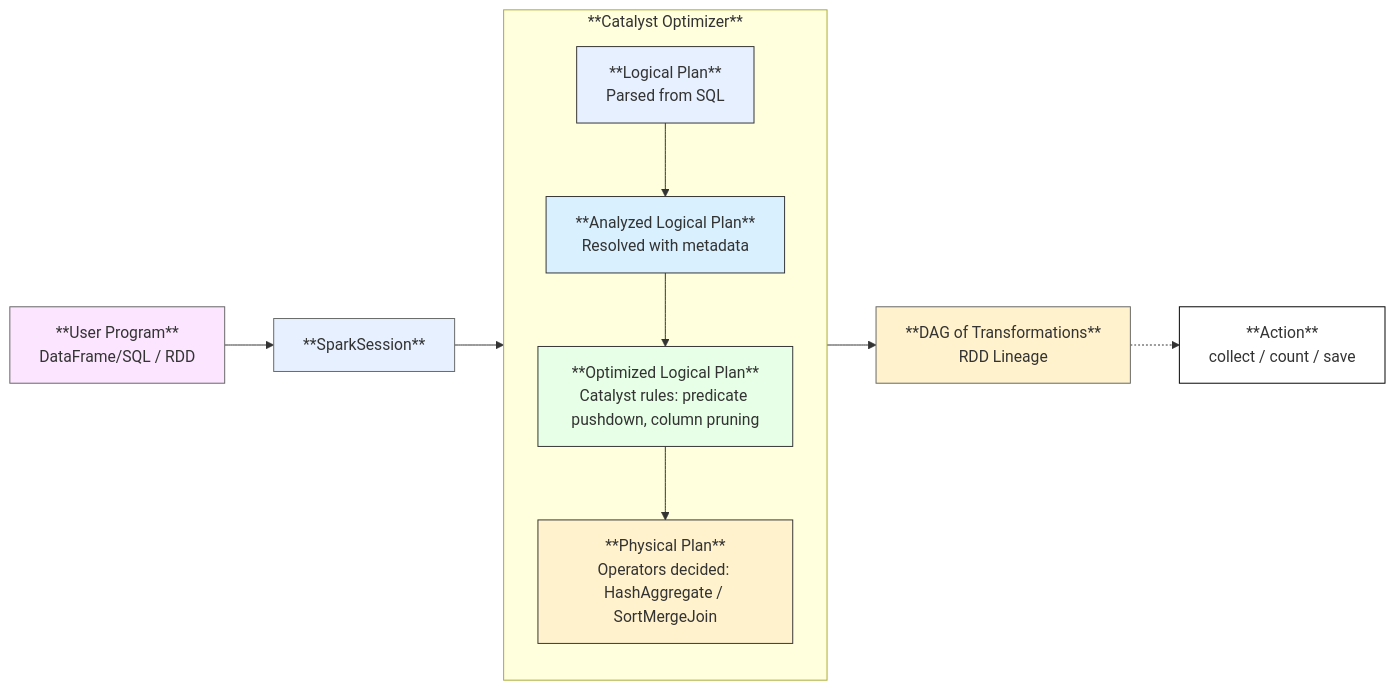
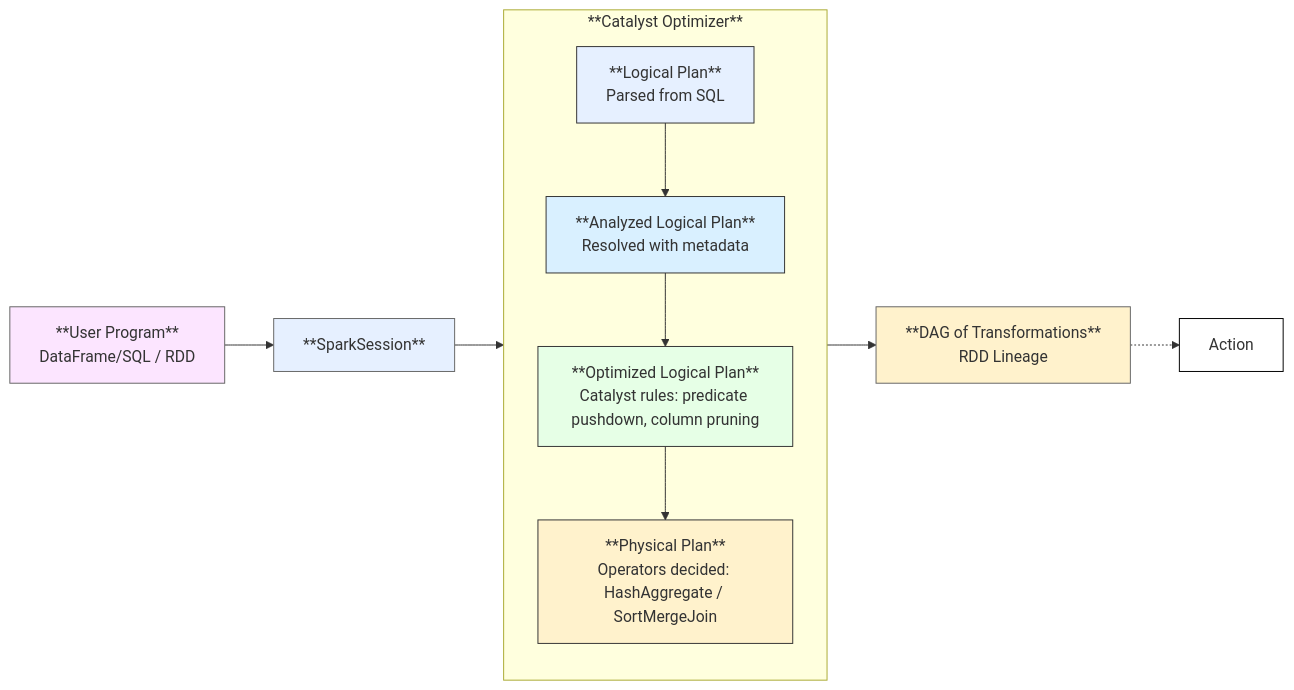
The first of 13 diagrams in README.md (blaire101/Spark-Journey-2025), drawn with Mermaid before and after one commit. The commit also changed other lines of this file, not shown here.

````diff
--- a/README.md
+++ b/README.md
@@ -35,41 +35,41 @@
 ```mermaid
 flowchart LR
     A[**User Program**<br/>DataFrame/SQL / RDD] --> B[**SparkSession**]
 
     %% Catalyst Optimizer subgraph
     subgraph C[**Catalyst Optimizer**]
         direction TB
         C1[**Logical Plan**<br/>Parsed from SQL]
         C2[**Analyzed Logical Plan**<br/>Resolved with metadata]
         C3[**Optimized Logical Plan**<br/>Catalyst rules: predicate pushdown, column pruning]
         C4[**Physical Plan**<br/>Operators decided: HashAggregate / SortMergeJoin]
 
         C1 --> C2 --> C3 --> C4
     end
 
     B --> C1
     C4 --> X[**DAG of Transformations**<br/>RDD Lineage]
 
-    X -.-> Y[**Action**<br/>collect / count / save]
+    X -.-> Y[Action]
 
     %% === Color classes ===
     classDef user fill:#fce5ff,stroke:#666,stroke-width:1px;
     classDef context fill:#e6f0ff,stroke:#666,stroke-width:1px;
     classDef logical fill:#e6f0ff,stroke:#333,stroke-width:1px;
     classDef analyzed fill:#d9f0ff,stroke:#333,stroke-width:1px;
     classDef optimized fill:#e6ffe6,stroke:#333,stroke-width:1px;
     classDef physical fill:#fff2cc,stroke:#333,stroke-width:1px;
     classDef dag fill:#fff2cc,stroke:#666,stroke-width:1px;
 
     %% Assign styles
     class A user;
     class B context;
     class C1 logical;
     class C2 analyzed;
     class C3 optimized;
     class C4 physical;
     class X dag;
 
     %% Make Action node black & white
     style Y fill:#ffffff,stroke:#000000,stroke-width:1px;
 ```
````
